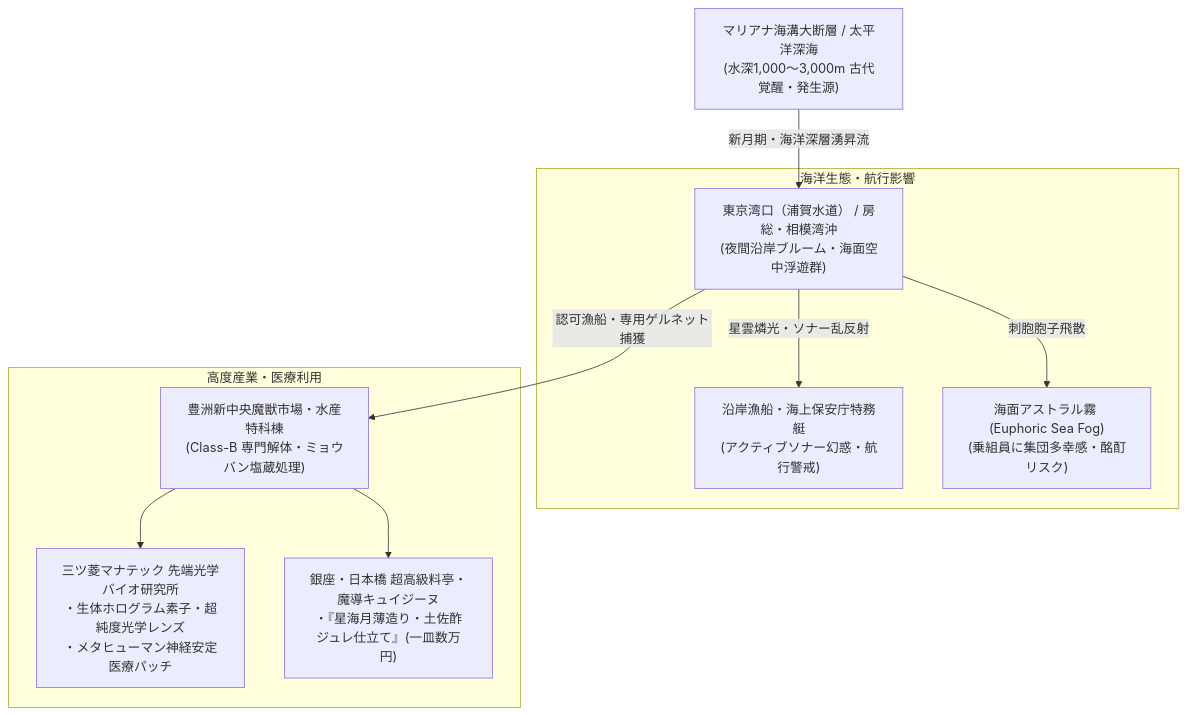
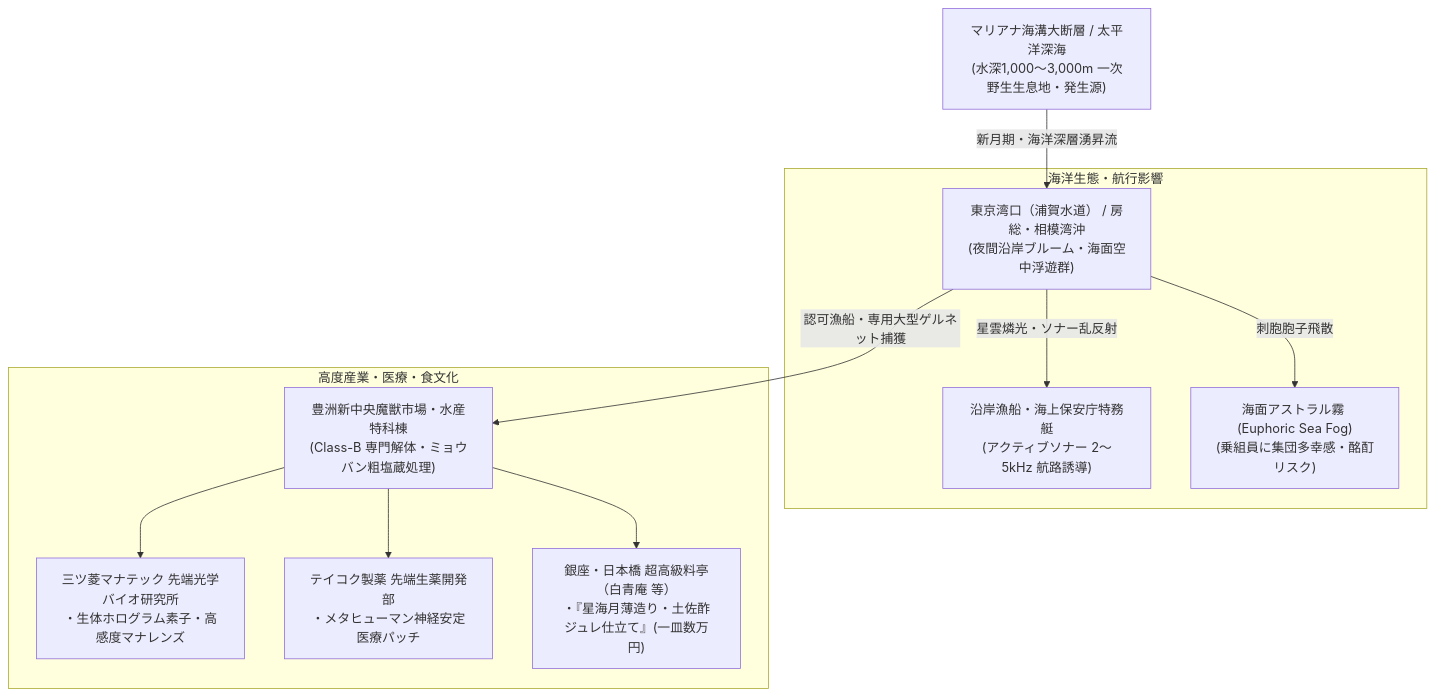
The second of 2 diagrams in creatures/008_astral_nebula_jelly.md (takenoriohno-cloud/world-building), drawn with Mermaid before and after one commit. The commit also changed other lines of this file and 6 other files, not shown here.

````diff
--- a/creatures/008_astral_nebula_jelly.md
+++ b/creatures/008_astral_nebula_jelly.md
@@ -74,17 +99,18 @@
 ```mermaid
 flowchart TD
     %% 幽光星海月 ブルーム回遊・洋上浮遊・サプライチェーン図
-    DEPTH["マリアナ海溝大断層 / 太平洋深海<br/>(水深1,000〜3,000m 古代覚醒・発生源)"] -->|新月期・海洋深層湧昇流| COAST["東京湾口（浦賀水道） / 房総・相模湾沖<br/>(夜間沿岸ブルーム・海面空中浮遊群)"]
+    DEPTH["マリアナ海溝大断層 / 太平洋深海<br/>(水深1,000〜3,000m 一次野生生息地・発生源)"] -->|新月期・海洋深層湧昇流| COAST["東京湾口（浦賀水道） / 房総・相模湾沖<br/>(夜間沿岸ブルーム・海面空中浮遊群)"]
     
     subgraph OCEAN["海洋生態・航行影響"]
-        COAST -->|星雲燐光・ソナー乱反射| SHIP["沿岸漁船・海上保安庁特務艇<br/>(アクティブソナー幻惑・航行警戒)"]
+        COAST -->|星雲燐光・ソナー乱反射| SHIP["沿岸漁船・海上保安庁特務艇<br/>(アクティブソナー 2〜5kHz 航路誘導)"]
         COAST -->|刺胞胞子飛散| FOG["海面アストラル霧 (Euphoric Sea Fog)<br/>(乗組員に集団多幸感・酩酊リスク)"]
     end
 
-    COAST -->|認可漁船・専用ゲルネット捕獲| HARBOR["豊洲新中央魔獣市場・水産特科棟<br/>(Class-B 専門解体・ミョウバン塩蔵処理)"]
+    COAST -->|認可漁船・専用大型ゲルネット捕獲| HARBOR["豊洲新中央魔獣市場・水産特科棟<br/>(Class-B 専門解体・ミョウバン粗塩蔵処理)"]
     
-    subgraph UTIL["高度産業・医療利用"]
-        HARBOR --> LAB["三ツ菱マナテック 先端光学バイオ研究所<br/>・生体ホログラム素子・超純度光学レンズ<br/>・メタヒューマン神経安定医療パッチ"]
-        HARBOR --> GOURMET["銀座・日本橋 超高級料亭・魔導キュイジーヌ<br/>・『星海月薄造り・土佐酢ジュレ仕立て』(一皿数万円)"]
+    subgraph UTIL["高度産業・医療・食文化"]
+        HARBOR --> LAB["三ツ菱マナテック 先端光学バイオ研究所<br/>・生体ホログラム素子・高感度マナレンズ"]
+        HARBOR --> PHARMA["テイコク製薬 先端生薬開発部<br/>・メタヒューマン神経安定医療パッチ"]
+        HARBOR --> GOURMET["銀座・日本橋 超高級料亭（白青庵 等）<br/>・『星海月薄造り・土佐酢ジュレ仕立て』(一皿数万円)"]
     end
 ```
````
